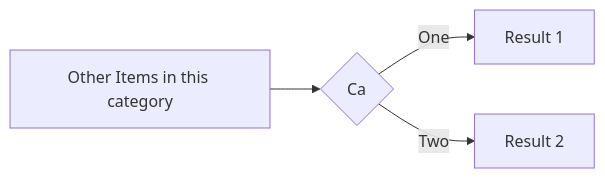
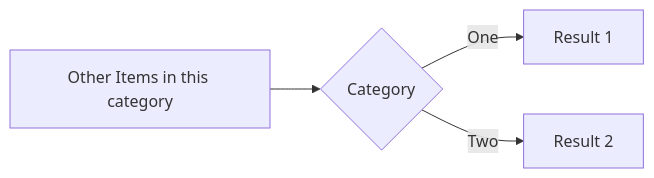
One commit to gerbssusd/dok changed the diagram in slides.md. Above: the diagram before and after it, drawn with Mermaid.

````diff
--- a/slides.md
+++ b/slides.md
@@ -217,6 +217,6 @@
 ```mermaid {theme: 'neutral', scale: 0.8}
 graph LR
-B[Other Items in this category] --> C{Ca}
+B[Other Items in this category] --> C{Category}
 C -->|One| D[Result 1]
 C -->|Two| E[Result 2]
 ```
````
